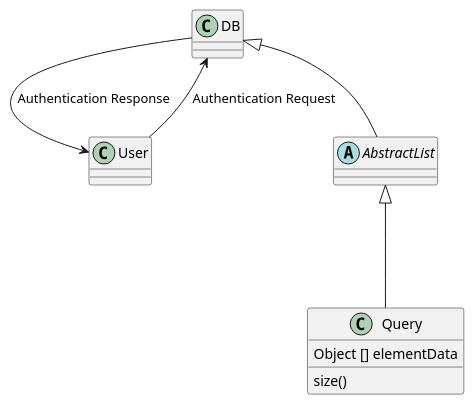
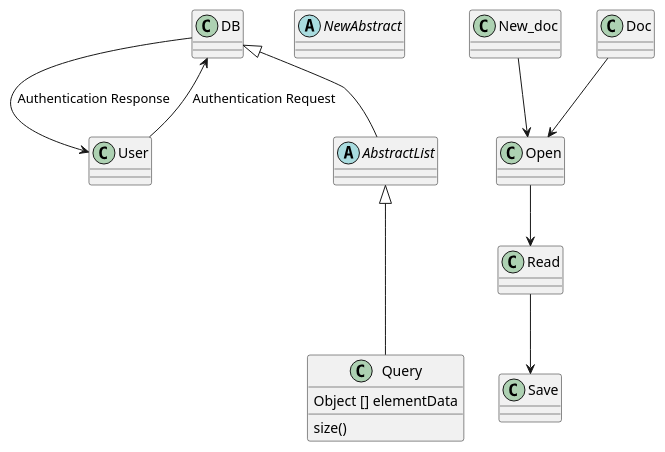
One commit to imarachedder/ReportGenerator changed the diagram in test.puml. Above: the diagram before and after it, drawn with PlantUML. The commit also changed 12 other files, not shown here.

```diff
--- a/test.puml
+++ b/test.puml
@@ -1,18 +1,27 @@
 @startuml
 'https://plantuml.com/sequence-diagram
 
 
 abstract class AbstractList
 
 User --> DB: Authentication Request
 DB --> User: Authentication Response
 
 AbstractList <|--- Query
 DB <|-- AbstractList
 
 class Query {
     Object [] elementData
     size()
 }
 
+
+
+abstract class NewAbstract
+
+New_doc --> Open
+Doc --> Open
+Open --> Read
+Read --> Save
+
 @enduml
```
